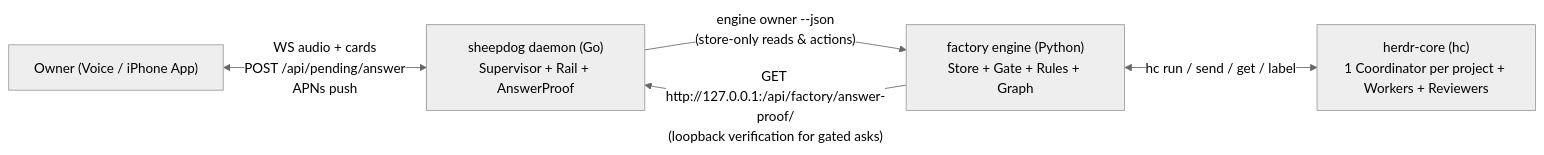
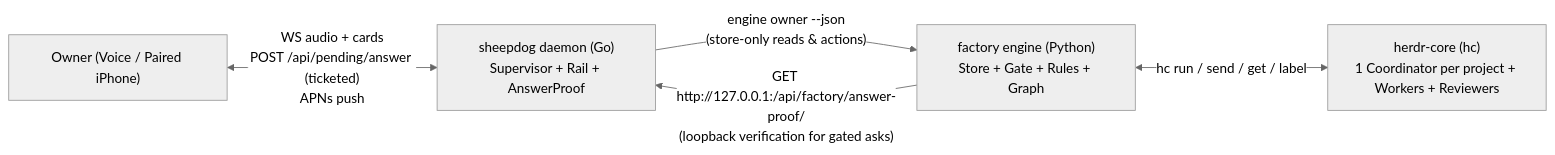
Before and after one commit to kccarlos/herdr-sheepdog: the first of 3 diagrams in docs/dev/factory/owner-contract.md, drawn with Mermaid (neutral theme). The commit also changed other lines of this file and 1 other file, not shown here.

````diff
--- a/docs/dev/factory/owner-contract.md
+++ b/docs/dev/factory/owner-contract.md
@@ -25,7 +25,7 @@
 ```mermaid
 flowchart LR
-  Owner["Owner (Voice / iPhone App)"] <-->|"WS audio + cards\nPOST /api/pending/answer\nAPNs push"| Daemon["sheepdog daemon (Go)\nSupervisor + Rail + AnswerProof"]
+  Owner["Owner (Voice / Paired iPhone)"] <-->|"WS audio + cards\nPOST /api/pending/answer (ticketed)\nAPNs push"| Daemon["sheepdog daemon (Go)\nSupervisor + Rail + AnswerProof"]
   Daemon -->|"engine owner <cmd> --json\n(store-only reads & actions)"| Engine["factory engine (Python)\nStore + Gate + Rules + Graph"]
   Engine -->|"GET http://127.0.0.1:<port>/api/factory/answer-proof/<ask_id>\n(loopback verification for gated asks)"| Daemon
   Engine <-->|"hc run / send / get / label"| HC["herdr-core (hc)\n1 Coordinator per project + Workers + Reviewers"]
 ```
````
